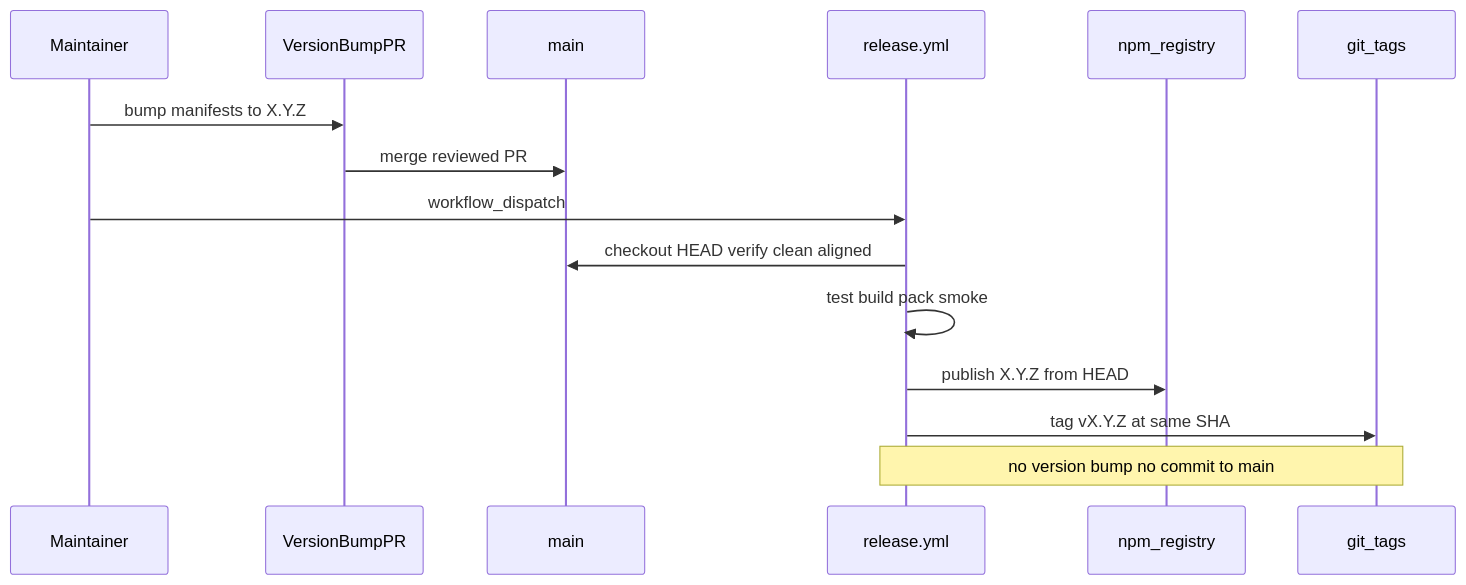
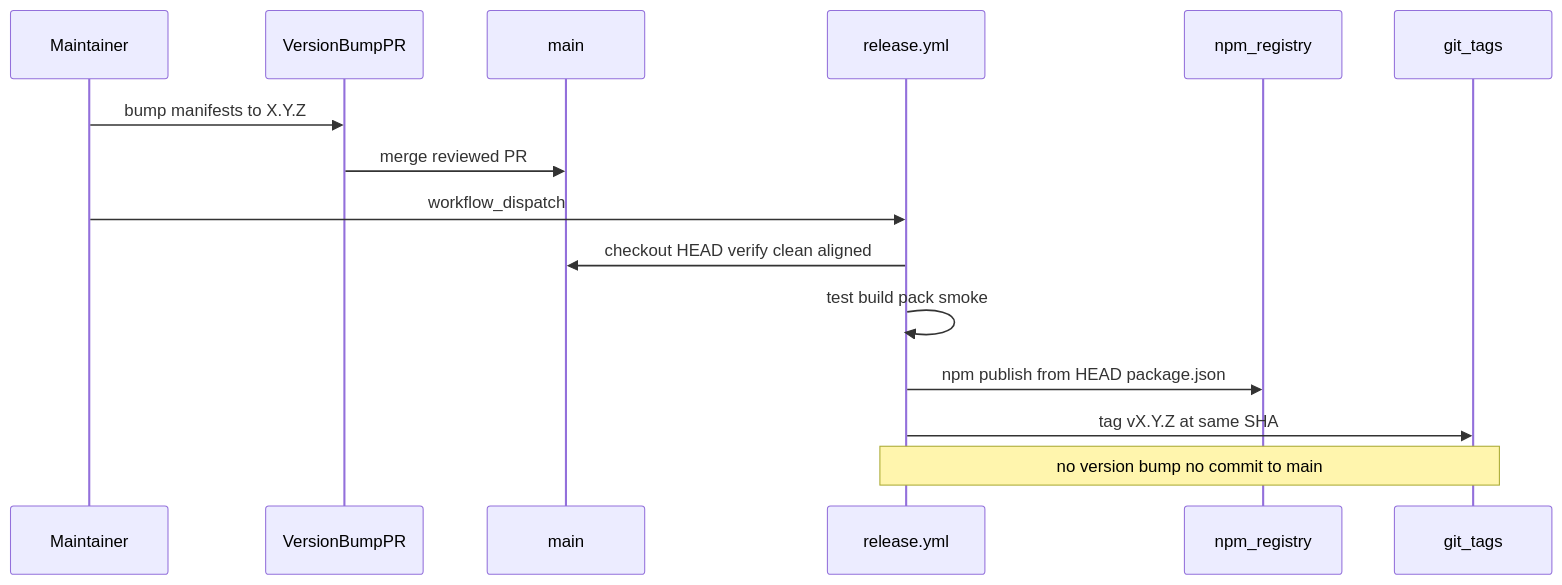
One commit to multipliers-dev/renovate-workflow changed the second of 2 diagrams in .cursor/plans/2026-10-07-npm-package-distribution.plan.md. Above: the diagram before and after it, drawn with Mermaid. The commit also changed other lines of this file, not shown here.

First line of the commit message:
Plan: defer scoped rename, fix publish and rollback semantics.

````diff
--- a/.cursor/plans/2026-10-07-npm-package-distribution.plan.md
+++ b/.cursor/plans/2026-10-07-npm-package-distribution.plan.md
@@ -331,18 +352,18 @@
 ```mermaid
 sequenceDiagram
   participant Dev as Maintainer
   participant PR as VersionBumpPR
   participant Main as main
   participant WF as release.yml
   participant Npm as npm_registry
   participant Git as git_tags
 
   Dev->>PR: bump manifests to X.Y.Z
   PR->>Main: merge reviewed PR
   Dev->>WF: workflow_dispatch
   WF->>Main: checkout HEAD verify clean aligned
   WF->>WF: test build pack smoke
-  WF->>Npm: publish X.Y.Z from HEAD
+  WF->>Npm: npm publish from HEAD package.json
   WF->>Git: tag vX.Y.Z at same SHA
   Note over WF,Git: no version bump no commit to main
 ```
````
